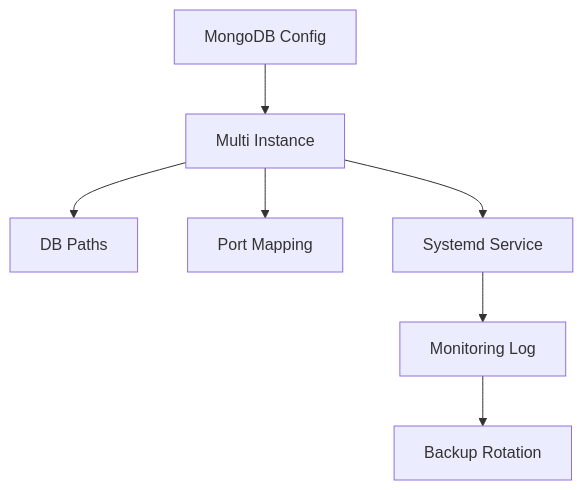
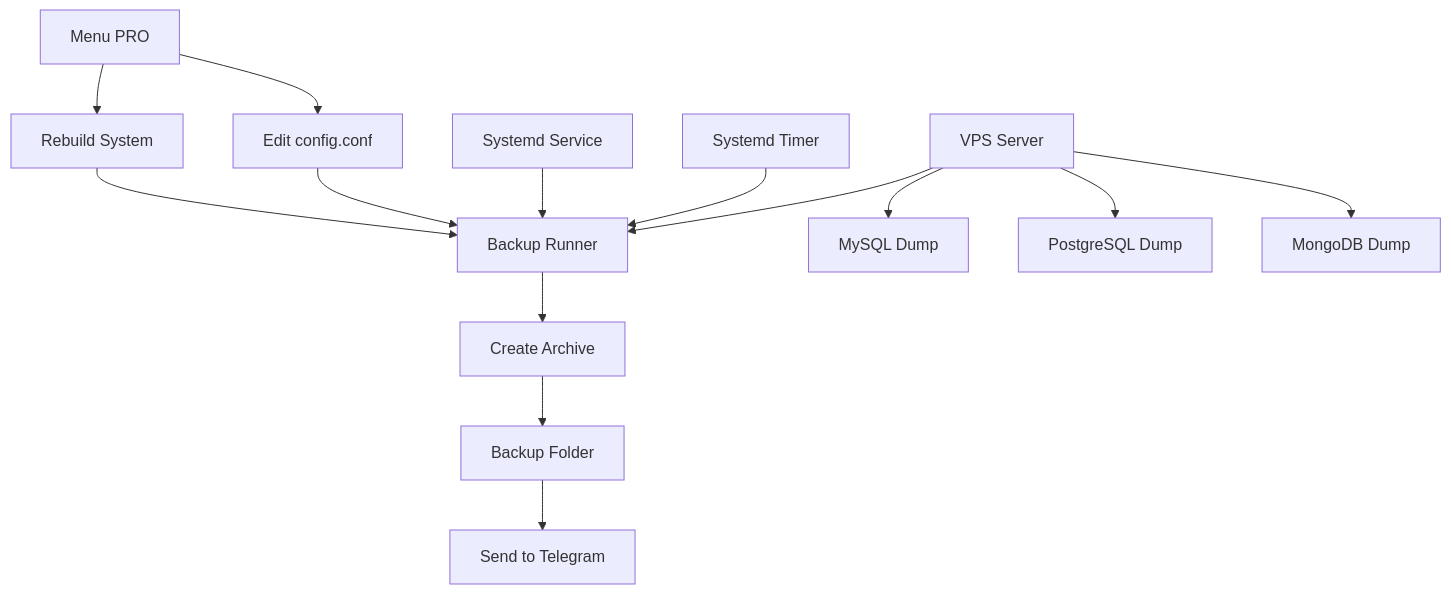
One commit to heruhendri/bot-backup-vps-script changed the first of 2 diagrams in README.md. Above: the diagram before and after it, drawn with Mermaid. The commit also changed other lines of this file and 2 other files, not shown here.

````diff
--- a/README.md
+++ b/README.md
@@ -63,9 +197,21 @@
 ```mermaid
 flowchart TD
-    A["MongoDB Config"] --> B["Multi Instance"]
-    B --> C["DB Paths"]
-    B --> D["Port Mapping"]
-    B --> E["Systemd Service"]
-    E --> F["Monitoring Log"]
-    F --> G["Backup Rotation"]
+    A[VPS Server] --> B[Backup Runner]
+
+    A --> C[MySQL Dump]
+    A --> D[PostgreSQL Dump]
+    A --> E[MongoDB Dump]
+
+    B --> F[Create Archive]
+    F --> G[Backup Folder]
+    G --> H[Send to Telegram]
+
+    I[Systemd Timer] --> B
+    J[Systemd Service] --> B
+
+    K[Menu PRO] --> L[Edit config.conf]
+    K --> M[Rebuild System]
+
+    L --> B
+    M --> B
 ```
````
